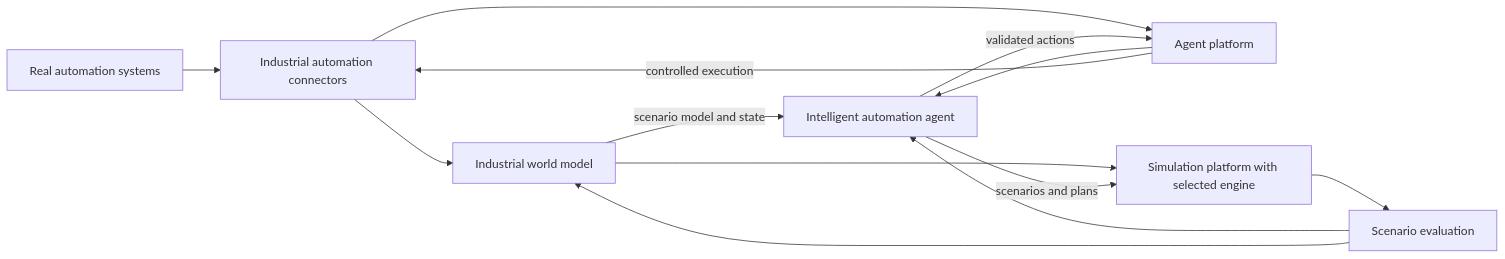
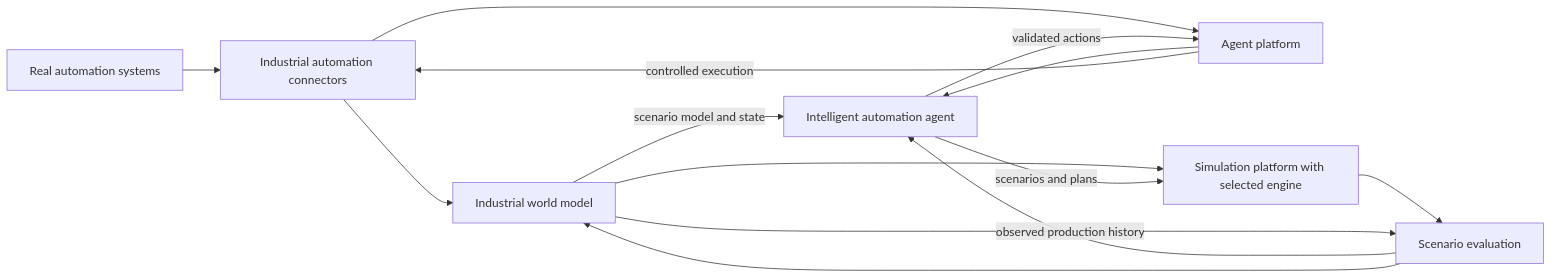
One commit to simulator-bot/.github changed the diagram in README.md. Above: the diagram before and after it, drawn with Mermaid. The commit also changed other lines of this file and 1 other file, not shown here.

````diff
--- a/README.md
+++ b/README.md
@@ -19,15 +19,16 @@
 ```mermaid
 flowchart LR
     R[Real automation systems] --> C[Industrial automation connectors]
     C --> W[Industrial world model]
     C --> P[Agent platform]
     P --> A[Intelligent automation agent]
     W -->|scenario model and state| A
     W --> S[Simulation platform with selected engine]
     A -->|scenarios and plans| S
     S --> E[Scenario evaluation]
+    W -->|observed production history| E
     E --> A
     E --> W
     A -->|validated actions| P
     P -->|controlled execution| C
 ```
````
